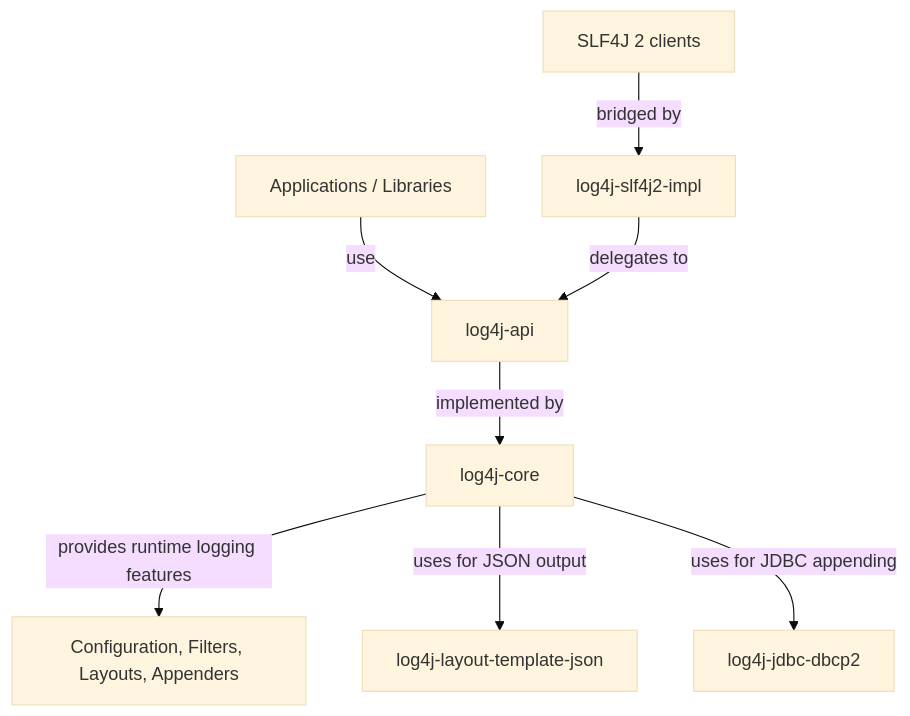
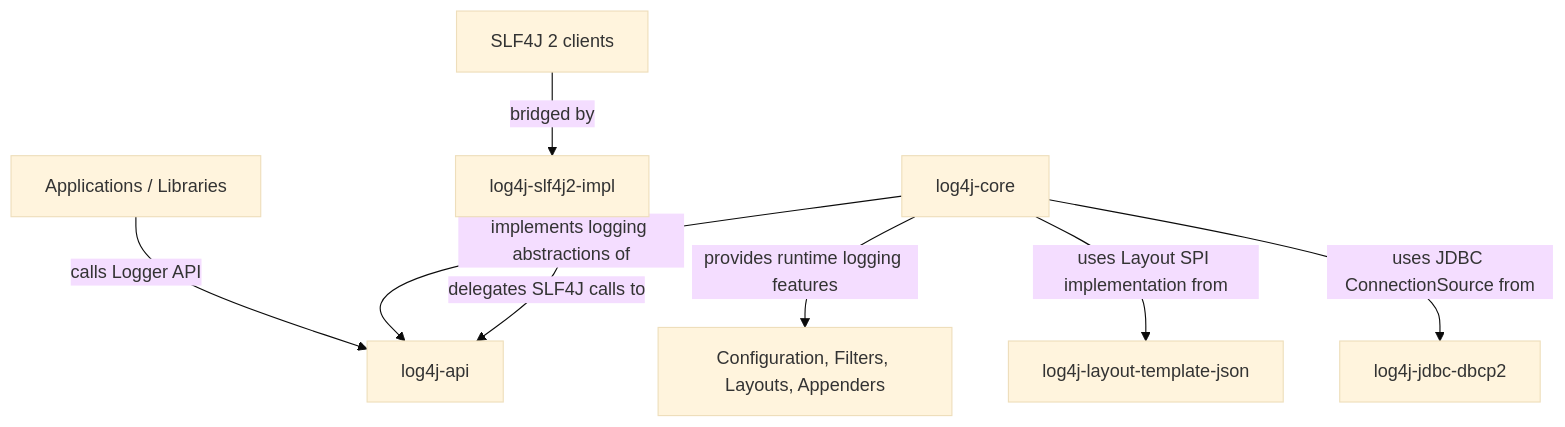
Before and after one commit to SwDA-Team07/AY-25-26-project: the diagram in docs/overview.md, drawn with Mermaid (base theme). The commit also changed other lines of this file and 1 other file, not shown here.

Commit message:
docs: refine overview runtime flow diagram

````diff
--- a/docs/overview.md
+++ b/docs/overview.md
@@ -52,13 +52,13 @@
 ```mermaid
 flowchart TD
-    A[Applications / Libraries] -->|use| B[log4j-api]
-    B -->|implemented by| C[log4j-core]
+    A[Applications / Libraries] -->|calls Logger API| B[log4j-api]
+    C[log4j-core] -->|implements logging abstractions of| B
 
     C -->|provides runtime logging features| D[Configuration, Filters, Layouts, Appenders]
 
-    C -->|uses for JSON output| E[log4j-layout-template-json]
+    C -->|uses Layout SPI implementation from| E[log4j-layout-template-json]
     F[SLF4J 2 clients] -->|bridged by| G[log4j-slf4j2-impl]
-    G -->|delegates to| B
+    G -->|delegates SLF4J calls to| B
 
-    C -->|uses for JDBC appending| H[log4j-jdbc-dbcp2]
+    C -->|uses JDBC ConnectionSource from| H[log4j-jdbc-dbcp2]
 ```
````
